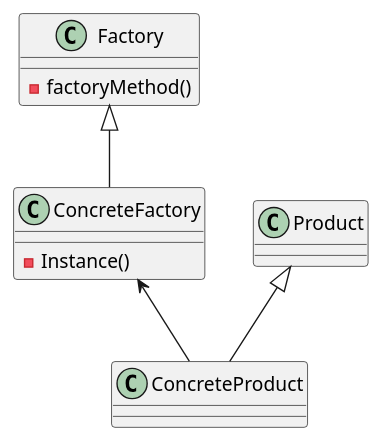
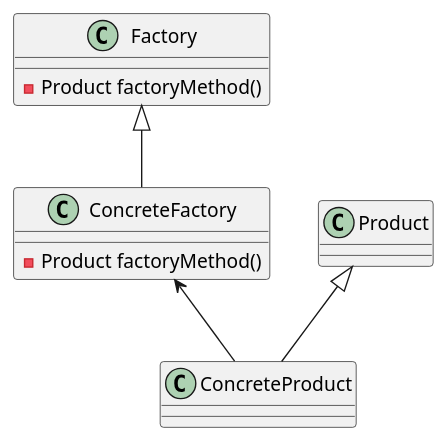
One commit to staticxrjc/Design-Patterns changed the diagram in factory/UML/diagram.puml. Above: the diagram before and after it, drawn with PlantUML.

```diff
--- a/factory/UML/diagram.puml
+++ b/factory/UML/diagram.puml
@@ -1,22 +1,22 @@
 @startuml
 Factory <|-- ConcreteFactory
 Product <|-- ConcreteProduct
 ConcreteFactory <-- ConcreteProduct
 
 
 class Factory{
-    - factoryMethod()
+    - Product factoryMethod()
 }
 
 class ConcreteFactory {
-    - Instance()
+    - Product factoryMethod()
 }
 
 class Product{
 
 }
 
 class ConcreteProduct {
 
 }
 @enduml
```
